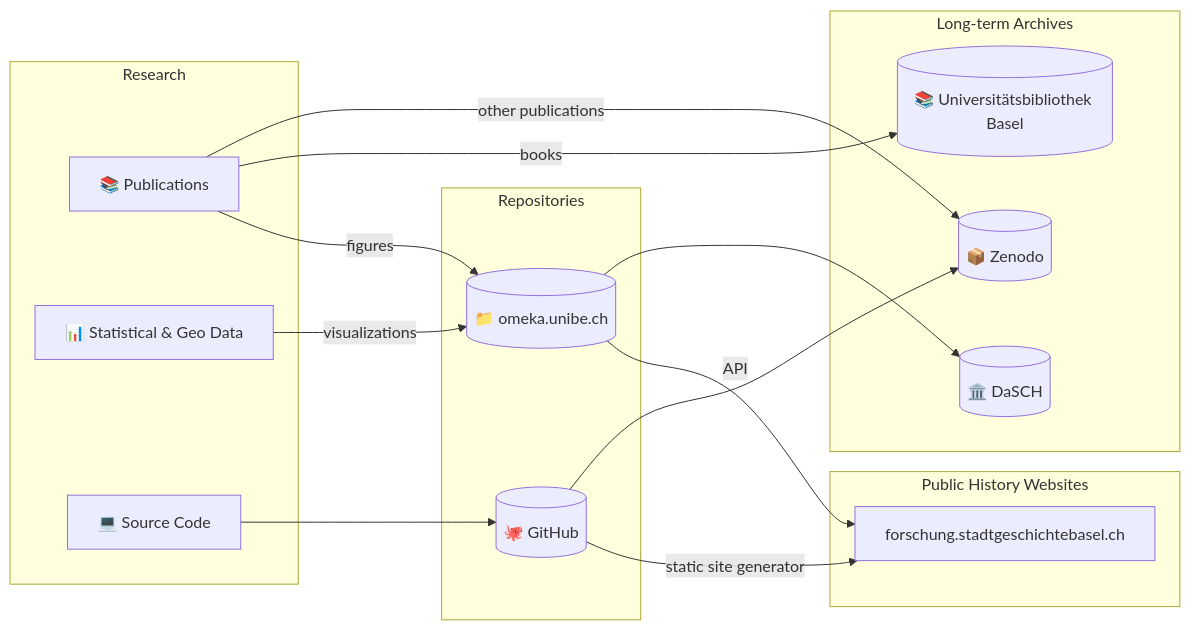
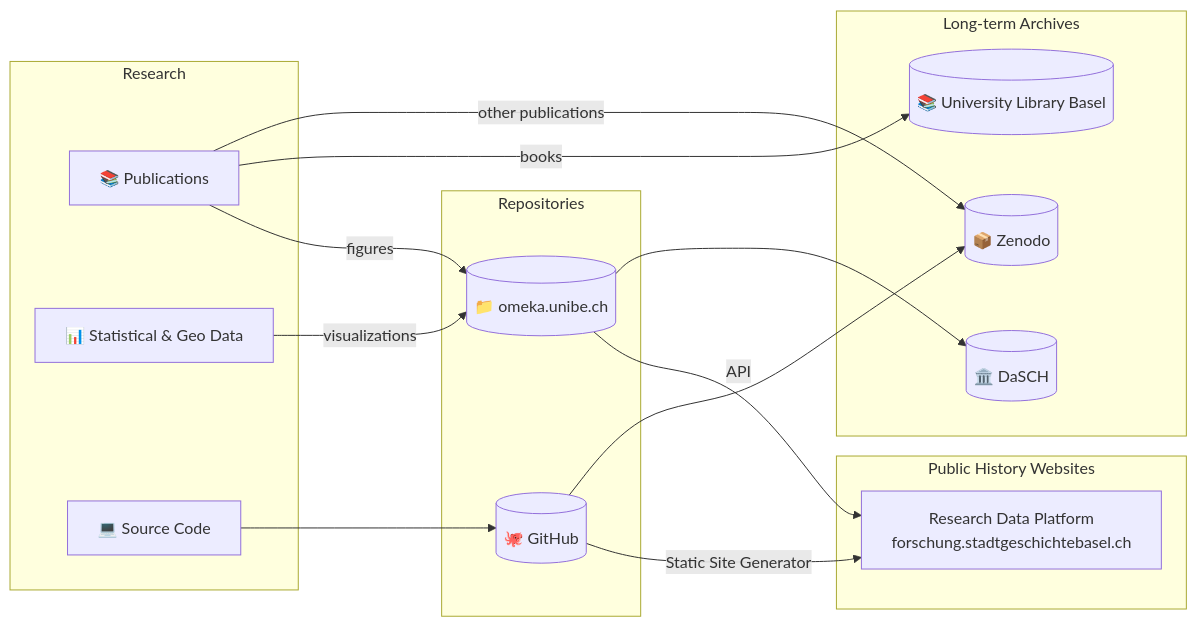
One commit to maehr/daschcon2025-omeka2dsp changed the fourth of 7 diagrams in presentation/slides.qmd. Above: the diagram before and after it, drawn with Mermaid. The commit also changed other lines of this file and 14 other files, not shown here.

````diff
--- a/presentation/slides.qmd
+++ b/presentation/slides.qmd
@@ -104,34 +105,34 @@
 ```{mermaid}
 flowchart LR
   subgraph Research[Research]
     Publications[📚 Publications]
     Data[📊 Statistical & Geo Data]
     Code[💻 Source Code]
   end
 
   subgraph Repositories[Repositories]
     Omeka[(📁 omeka.unibe.ch)]
     GitHub[(🐙 GitHub)]
   end
 
   subgraph PublicWeb[Public History Websites]
-    RDP[forschung.stadtgeschichtebasel.ch]
+    RDP[Research Data Platform<br>forschung.stadtgeschichtebasel.ch]
   end
 
   subgraph Archives[Long-term Archives]
     Zenodo[(📦 Zenodo)]
     DaSCH[(🏛️ DaSCH)]
-    UBBasel[(📚 Universitätsbibliothek Basel)]
+    UBBasel[(📚 University Library Basel)]
   end
 
   %% Flows
   Publications -- figures --> Omeka
   Publications -- books --> UBBasel
   Publications -- other publications --> Zenodo
   Data -- visualizations --> Omeka
   Omeka -- API --> RDP
-  GitHub -- static site generator --> RDP
+  GitHub -- Static Site Generator --> RDP
   Code --> GitHub
   GitHub --> Zenodo
   Omeka --> DaSCH
 ```
````
